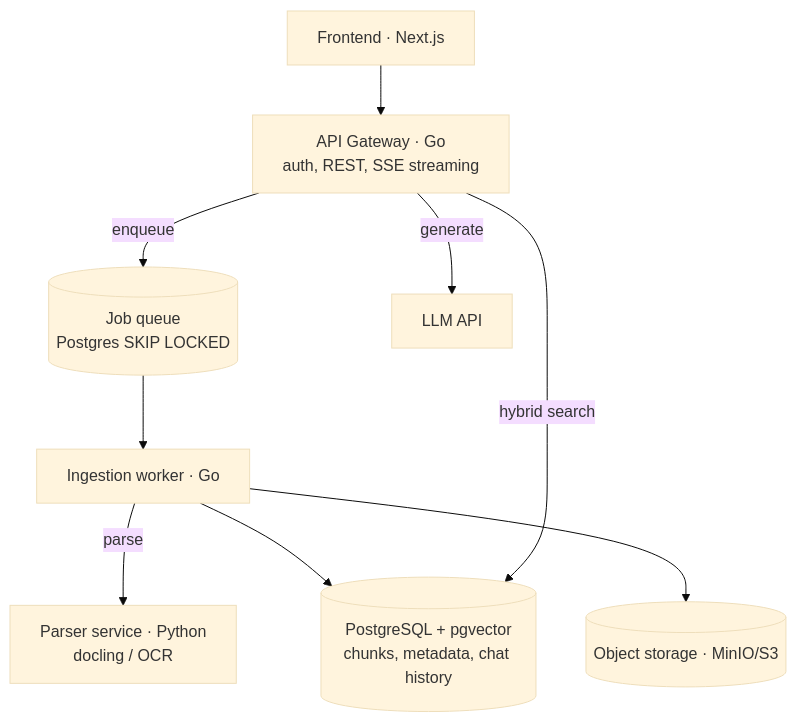
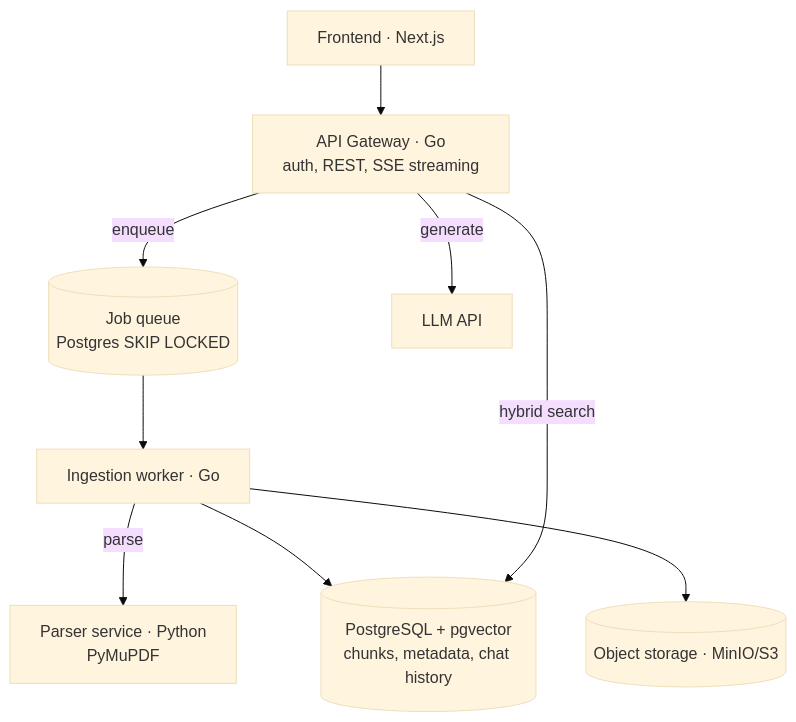
Before and after one commit to michal-kalina/garden-of-knowledge: the diagram in README.md, drawn with Mermaid (base theme). The commit also changed other lines of this file and 30 other files, not shown here.

````diff
--- a/README.md
+++ b/README.md
@@ -11,11 +11,11 @@
 ```mermaid
 flowchart TB
     FE[Frontend · Next.js] --> API[API Gateway · Go<br/>auth, REST, SSE streaming]
     API -->|enqueue| Q[(Job queue<br/>Postgres SKIP LOCKED)]
     Q --> W[Ingestion worker · Go]
-    W -->|parse| P[Parser service · Python<br/>docling / OCR]
+    W -->|parse| P[Parser service · Python<br/>PyMuPDF]
     W --> PG[(PostgreSQL + pgvector<br/>chunks, metadata, chat history)]
     W --> S3[(Object storage · MinIO/S3)]
     API -->|hybrid search| PG
     API -->|generate| LLM[LLM API]
 ```
````
